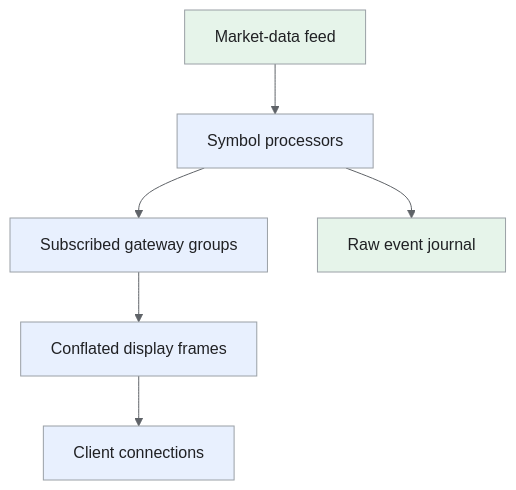
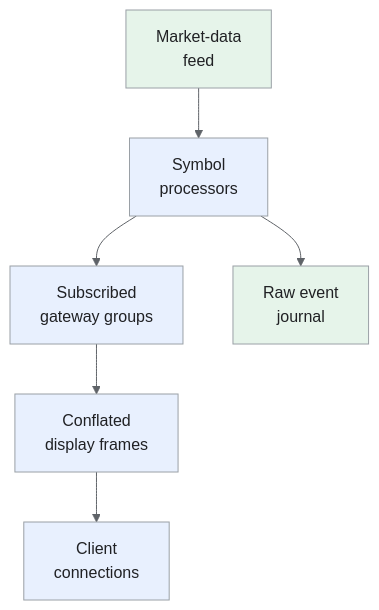
One commit to iliazlobin/iliazlobin.github.io changed the fourth of 5 diagrams in _designs/system-design-stock-trading-platform.md. Above: the diagram before and after it, drawn with Mermaid. The commit also changed other lines of this file and 116 other files, not shown here.

````diff
--- a/_designs/system-design-stock-trading-platform.md
+++ b/_designs/system-design-stock-trading-platform.md
@@ -297,15 +328,15 @@
 ```mermaid
-%%{init: {'theme':'base','themeVariables':{'primaryColor':'#e8f0fe','primaryTextColor':'#202124','primaryBorderColor':'#9aa0a6','lineColor':'#5f6368','secondaryColor':'#e6f4ea','tertiaryColor':'#fef7e0','actorBkg':'#e8f0fe','actorBorder':'#9aa0a6','actorTextColor':'#202124','noteBkgColor':'#fef7e0','noteTextColor':'#202124','noteBorderColor':'#9aa0a6','signalColor':'#5f6368','signalTextColor':'#202124','labelBoxBkgColor':'#fef7e0','labelBoxBorderColor':'#9aa0a6'}}}%%
+%%{init: {"theme":"base","themeVariables":{"primaryColor":"#e8f0fe","primaryBorderColor":"#9aa0a6","primaryTextColor":"#202124","secondaryColor":"#e6f4ea","tertiaryColor":"#fef7e0","lineColor":"#5f6368","actorBkg":"#e8f0fe","actorBorder":"#9aa0a6","actorTextColor":"#202124","noteBkgColor":"#fef7e0","noteBorderColor":"#9aa0a6","noteTextColor":"#202124","signalColor":"#5f6368","signalTextColor":"#202124"}}}%%
 flowchart TB
-  M["Market-data feed"] --> S["Symbol processors"]
-  S --> G["Subscribed gateway groups"]
-  G --> C["Conflated display frames"]
-  C --> U["Client connections"]
-  S --> J["Raw event journal"]
+  M["Market-data<br>feed"] --> S["Symbol<br>processors"]
+  S --> G["Subscribed<br>gateway groups"]
+  G --> C["Conflated<br>display frames"]
+  C --> U["Client<br>connections"]
+  S --> J["Raw event<br>journal"]
 classDef request fill:#e8f0fe,stroke:#9aa0a6,color:#202124;
 classDef data fill:#e6f4ea,stroke:#9aa0a6,color:#202124;
 classDef control fill:#fef7e0,stroke:#9aa0a6,color:#202124;
 class S,G,C,U request;
 class M,J data;
 
 ```
````
